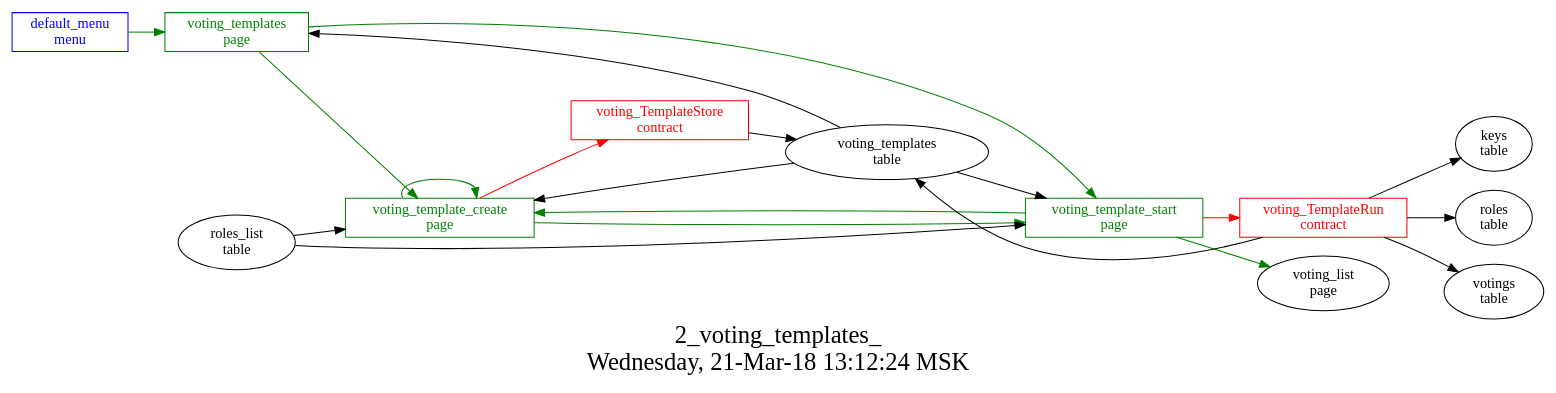
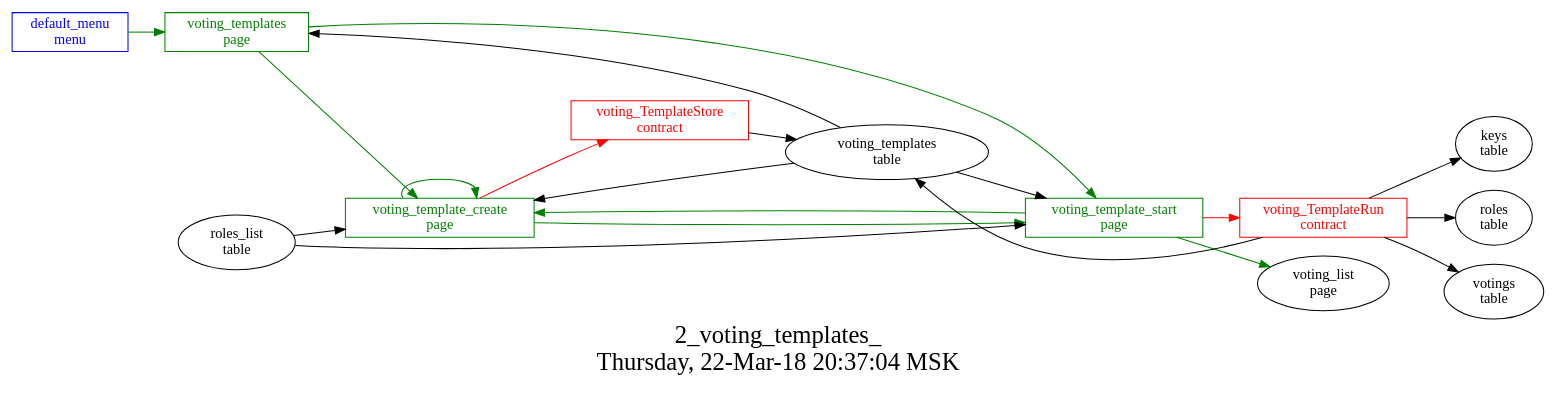
One commit to AplaProject/apps changed the diagram in src/basic/basic_main/2_voting_templates_json/struct.dot. Above: the diagram before and after it, drawn with Graphviz. The commit also changed 5 other files, not shown here.

```diff
--- a/src/basic/basic_main/2_voting_templates_json/struct.dot
+++ b/src/basic/basic_main/2_voting_templates_json/struct.dot
@@ -1,36 +1,36 @@
 digraph G {
 graph [
   fontsize="24";
-  label="2_voting_templates_\nWednesday, 21-Mar-18 13:12:24 MSK";
+  label="2_voting_templates_\nThursday, 22-Mar-18 20:37:04 MSK";
   nojustify=true;
   ordering=out;
   rankdir=LR;
   size="30";
 ];
 "default_menu\nmenu" -> "voting_templates\npage"  [ color=green ]
 "default_menu\nmenu" [color=blue, fontcolor=blue, group=menus, shape=record];
 "voting_template_create\npage" -> "voting_TemplateStore\ncontract"  [ color=red ]
 "voting_templates\ntable" -> "voting_template_create\npage"  [ color="" ]
 "roles_list\ntable" -> "voting_template_create\npage"  [ color="" ]
 "voting_template_create\npage" -> "voting_template_create\npage"  [ color=green ]
 "voting_template_create\npage" -> "voting_template_start\npage"  [ color=green ]
 "voting_template_create\npage" [color=green, fontcolor=green, group=pages, shape=record];
 "voting_template_start\npage" -> "voting_TemplateRun\ncontract"  [ color=red ]
 "voting_templates\ntable" -> "voting_template_start\npage"  [ color="" ]
 "roles_list\ntable" -> "voting_template_start\npage"  [ color="" ]
 "voting_template_start\npage" -> "voting_template_create\npage"  [ color=green ]
 "voting_template_start\npage" -> "voting_list\npage"  [ color=green ]
 "voting_template_start\npage" [color=green, fontcolor=green, group=pages, shape=record];
 "voting_templates\ntable" -> "voting_templates\npage"  [ color="" ]
 "voting_templates\npage" -> "voting_template_start\npage"  [ color=green ]
 "voting_templates\npage" -> "voting_template_create\npage"  [ color=green ]
 "voting_templates\npage" [color=green, fontcolor=green, group=pages, shape=record];
 "voting_TemplateRun\ncontract" -> "voting_templates\ntable"  [ color="" ]
 "voting_TemplateRun\ncontract" -> "keys\ntable"  [ color="" ]
 "voting_TemplateRun\ncontract" -> "roles\ntable"  [ color="" ]
 "voting_TemplateRun\ncontract" -> "votings\ntable"  [ color="" ]
 "voting_TemplateRun\ncontract" [color=red, fontcolor=red, group=contracts, shape=record];
 "voting_TemplateStore\ncontract" -> "voting_templates\ntable"  [ color="" ]
 "voting_TemplateStore\ncontract" [color=red, fontcolor=red, group=contracts, shape=record];
 "voting_templates\ntable" [color="", fontcolor="", group=tables, shape=""];
 }
```
